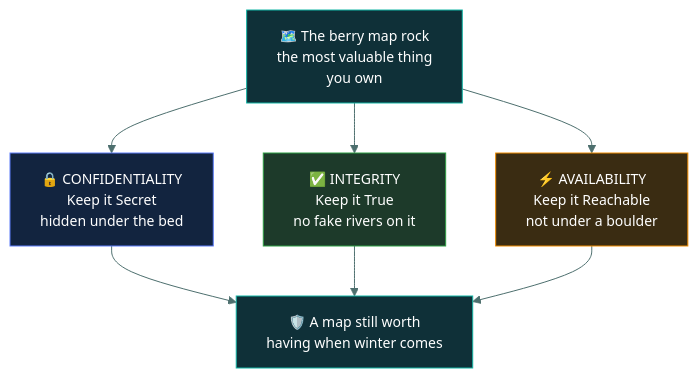
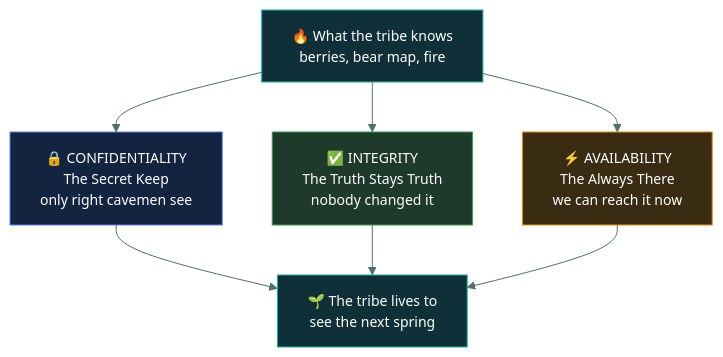
The first of 3 diagrams in 01-security-principles/cia-triad/README.md (tarunTejaDesireddy/cc-exam-prep), drawn with Mermaid before and after one commit. The commit also changed other lines of this file and 1 other file, not shown here.

First line of the commit message:
Rewrite the CIA triad as the Three Big Rules of the Secret Cave

````diff
--- a/01-security-principles/cia-triad/README.md
+++ b/01-security-principles/cia-triad/README.md
@@ -26,17 +28,17 @@
 ```mermaid
 %%{init: {'theme':'base','themeVariables':{'fontFamily':'Segoe UI, Helvetica Neue, Arial, sans-serif','fontSize':'14px','lineColor':'#4d6f6e','textColor':'#dbe7e6'}}}%%
 flowchart TD
-    MAP["🗺️ The berry map rock<br/>the most valuable thing<br/>you own"]
-    MAP --> C["🔒 CONFIDENTIALITY<br/>Keep it Secret<br/>hidden under the bed"]
-    MAP --> I["✅ INTEGRITY<br/>Keep it True<br/>no fake rivers on it"]
-    MAP --> A["⚡ AVAILABILITY<br/>Keep it Reachable<br/>not under a boulder"]
-    C --> SAFE["🛡️ A map still worth<br/>having when winter comes"]
-    I --> SAFE
-    A --> SAFE
+    T["🔥 What the tribe knows<br/>berries, bear map, fire"]
+    T --> C["🔒 CONFIDENTIALITY<br/>The Secret Keep<br/>only right cavemen see"]
+    T --> I["✅ INTEGRITY<br/>The Truth Stays Truth<br/>nobody changed it"]
+    T --> A["⚡ AVAILABILITY<br/>The Always There<br/>we can reach it now"]
+    C --> S["🌱 The tribe lives to<br/>see the next spring"]
+    I --> S
+    A --> S
 
-    style MAP fill:#0f3038,stroke:#12B5A5,color:#fff
+    style T fill:#0f3038,stroke:#12B5A5,color:#fff
     style C fill:#12243f,stroke:#5C7CFA,color:#fff
     style I fill:#1d3a2a,stroke:#2F9E44,color:#fff
     style A fill:#3a2c12,stroke:#F08C00,color:#fff
-    style SAFE fill:#0f3038,stroke:#12B5A5,color:#fff
+    style S fill:#0f3038,stroke:#12B5A5,color:#fff
 ```
````
